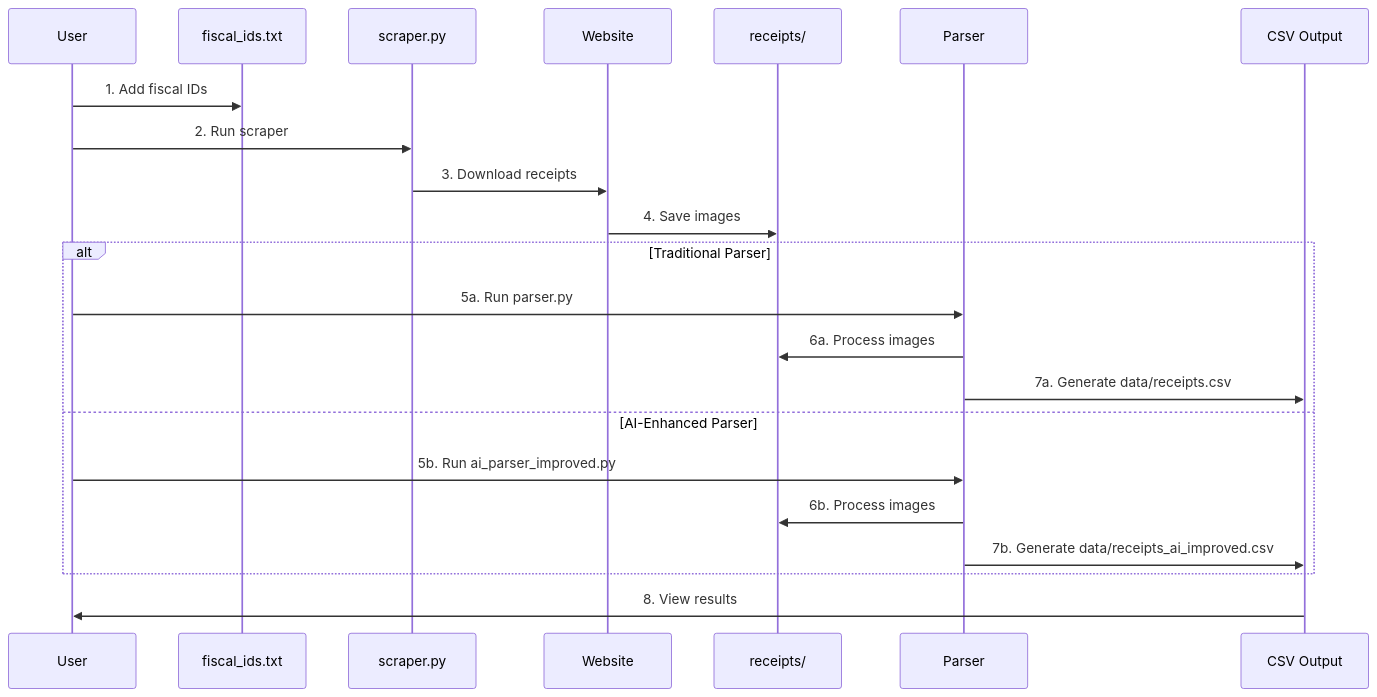
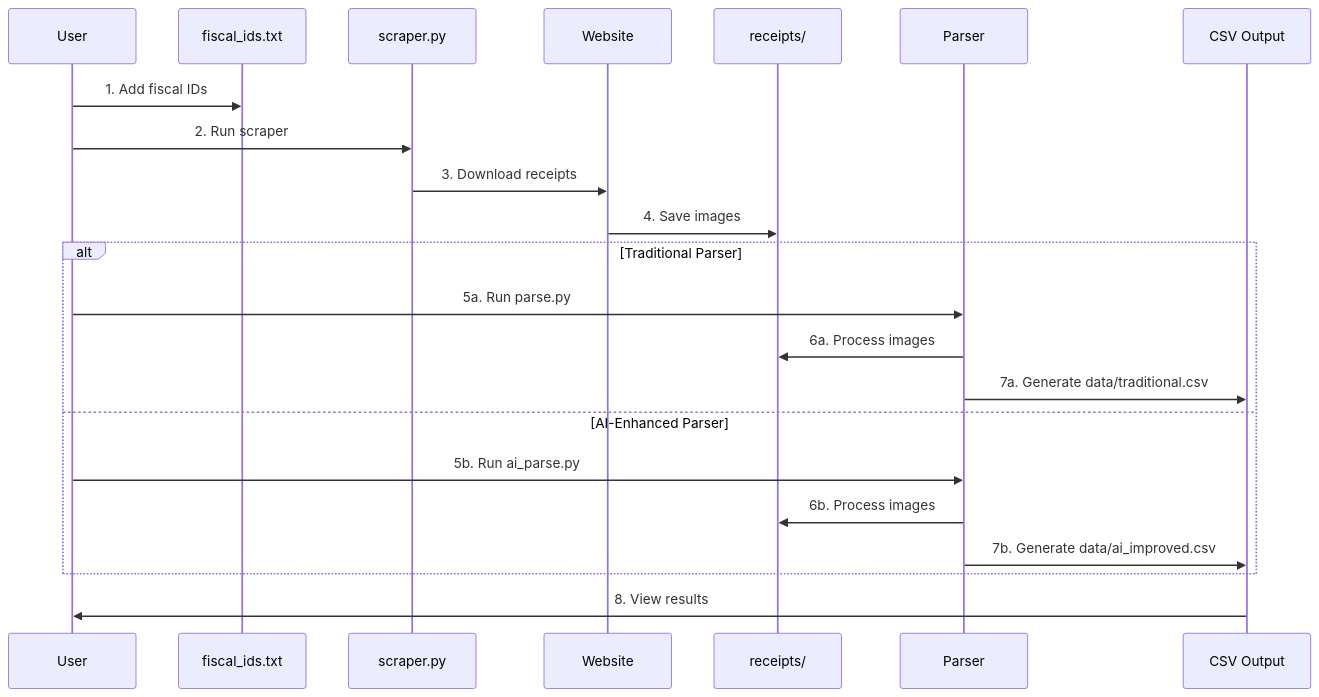
Before and after one commit to scraper-bots/receipt_data: the fourth of 8 diagrams in README.md, drawn with Mermaid. The commit also changed other lines of this file and 6 other files, not shown here.

````diff
--- a/README.md
+++ b/README.md
@@ -271,27 +271,27 @@
 ```mermaid
 sequenceDiagram
     participant U as User
     participant F as fiscal_ids.txt
     participant S as scraper.py
     participant W as Website
     participant R as receipts/
     participant P as Parser
     participant C as CSV Output
     
     U->>F: 1. Add fiscal IDs
     U->>S: 2. Run scraper
     S->>W: 3. Download receipts
     W->>R: 4. Save images
     
     alt Traditional Parser
-        U->>P: 5a. Run parser.py
+        U->>P: 5a. Run parse.py
         P->>R: 6a. Process images
-        P->>C: 7a. Generate data/receipts.csv
+        P->>C: 7a. Generate data/traditional.csv
     else AI-Enhanced Parser
-        U->>P: 5b. Run ai_parser_improved.py
+        U->>P: 5b. Run ai_parse.py
         P->>R: 6b. Process images
-        P->>C: 7b. Generate data/receipts_ai_improved.csv
+        P->>C: 7b. Generate data/ai_improved.csv
     end
     
     C->>U: 8. View results
 ```
````
